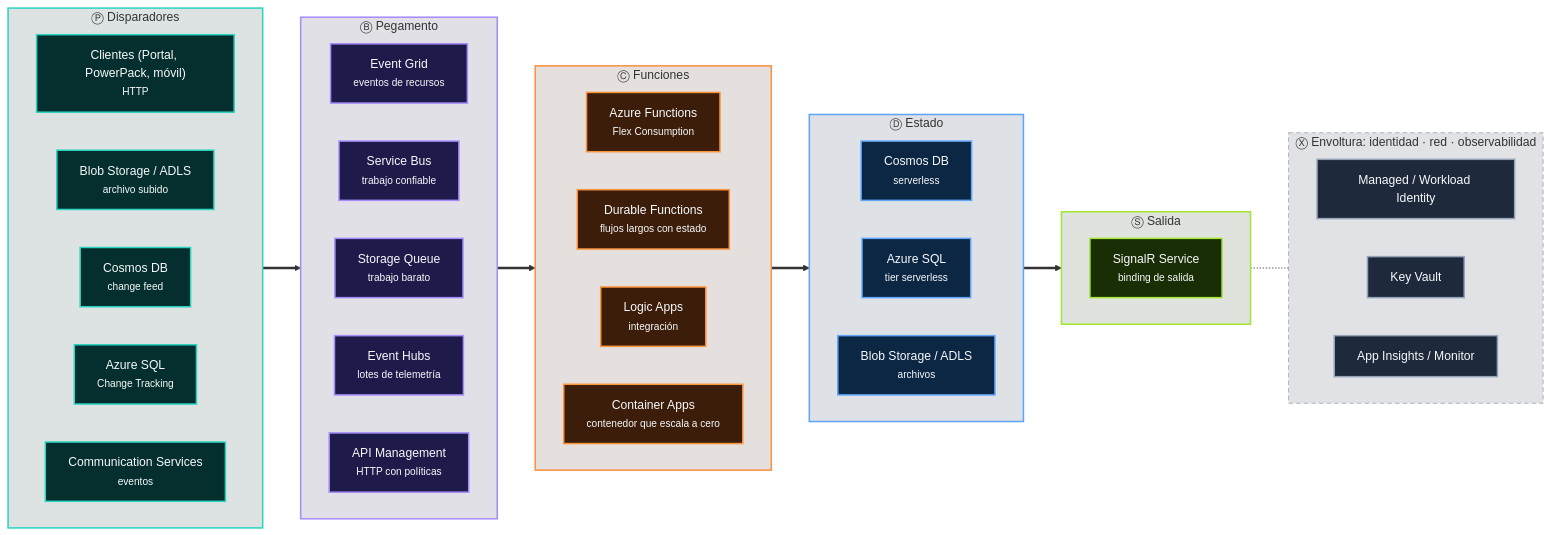
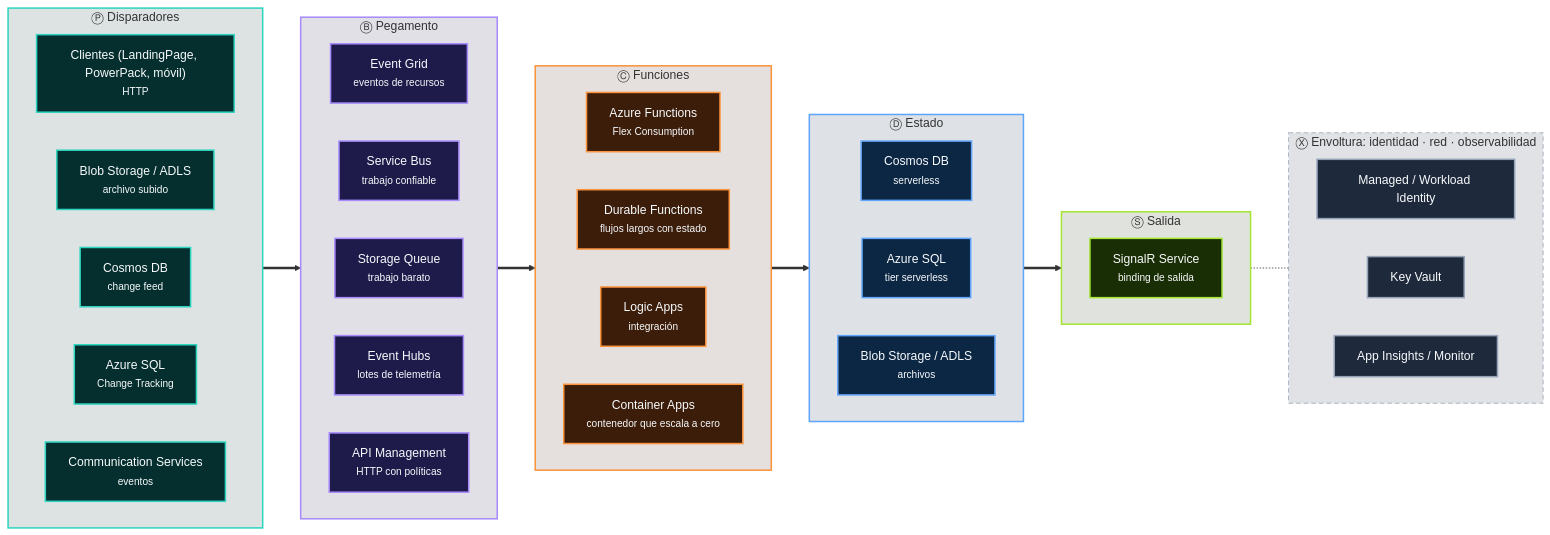
One commit to CristianSifuentes/QuickTheoryNET changed the fifth of 13 diagrams in docs/11-trece-arquitecturas-como-frases.md. Above: the diagram before and after it, drawn with Mermaid. The commit also changed other lines of this file and 23 other files, not shown here.

First line of the commit message:
Rename the Portal project to LandingPage

````diff
--- a/docs/11-trece-arquitecturas-como-frases.md
+++ b/docs/11-trece-arquitecturas-como-frases.md
@@ -436,59 +436,59 @@
 ```mermaid
 flowchart LR
     subgraph L0["Ⓟ Disparadores"]
         direction LR
-        L0_0["Clientes (Portal, PowerPack, móvil)<br/><small>HTTP</small>"]:::P
+        L0_0["Clientes (LandingPage, PowerPack, móvil)<br/><small>HTTP</small>"]:::P
         L0_1["Blob Storage / ADLS<br/><small>archivo subido</small>"]:::P
         L0_2["Cosmos DB<br/><small>change feed</small>"]:::P
         L0_3["Azure SQL<br/><small>Change Tracking</small>"]:::P
         L0_4["Communication Services<br/><small>eventos</small>"]:::P
     end
     style L0 fill:#042F2E22,stroke:#2DD4BF,stroke-width:2px
     subgraph L1["Ⓑ Pegamento"]
         direction LR
         L1_0["Event Grid<br/><small>eventos de recursos</small>"]:::B
         L1_1["Service Bus<br/><small>trabajo confiable</small>"]:::B
         L1_2["Storage Queue<br/><small>trabajo barato</small>"]:::B
         L1_3["Event Hubs<br/><small>lotes de telemetría</small>"]:::B
         L1_4["API Management<br/><small>HTTP con políticas</small>"]:::B
     end
     style L1 fill:#1E1B4B22,stroke:#A78BFA,stroke-width:2px
     subgraph L2["Ⓒ Funciones"]
         direction LR
         L2_0["Azure Functions<br/><small>Flex Consumption</small>"]:::C
         L2_1["Durable Functions<br/><small>flujos largos con estado</small>"]:::C
         L2_2["Logic Apps<br/><small>integración</small>"]:::C
         L2_3["Container Apps<br/><small>contenedor que escala a cero</small>"]:::C
     end
     style L2 fill:#3B1D0A22,stroke:#FB923C,stroke-width:2px
     subgraph L3["Ⓓ Estado"]
         direction LR
         L3_0["Cosmos DB<br/><small>serverless</small>"]:::D
         L3_1["Azure SQL<br/><small>tier serverless</small>"]:::D
         L3_2["Blob Storage / ADLS<br/><small>archivos</small>"]:::D
     end
     style L3 fill:#0C274422,stroke:#60A5FA,stroke-width:2px
     subgraph L4["Ⓢ Salida"]
         direction LR
         L4_0["SignalR Service<br/><small>binding de salida</small>"]:::S
     end
     style L4 fill:#1A2E0522,stroke:#A3E635,stroke-width:2px
     L0 ==> L1
     L1 ==> L2
     L2 ==> L3
     L3 ==> L4
     subgraph XX["Ⓧ Envoltura: identidad · red · observabilidad"]
         direction LR
         X0["Managed / Workload Identity"]:::X
         X1["Key Vault"]:::X
         X2["App Insights / Monitor"]:::X
     end
     style XX fill:#1E293B22,stroke:#94A3B8,stroke-dasharray:6 4
     L4 -.- XX
     classDef P fill:#042F2E,stroke:#2DD4BF,color:#F8FAFC,stroke-width:2px
     classDef B fill:#1E1B4B,stroke:#A78BFA,color:#F8FAFC,stroke-width:2px
     classDef C fill:#3B1D0A,stroke:#FB923C,color:#F8FAFC,stroke-width:2px
     classDef D fill:#0C2744,stroke:#60A5FA,color:#F8FAFC,stroke-width:2px
     classDef S fill:#1A2E05,stroke:#A3E635,color:#F8FAFC,stroke-width:2px
     classDef X fill:#1E293B,stroke:#94A3B8,color:#F8FAFC,stroke-width:2px
 ```
````
